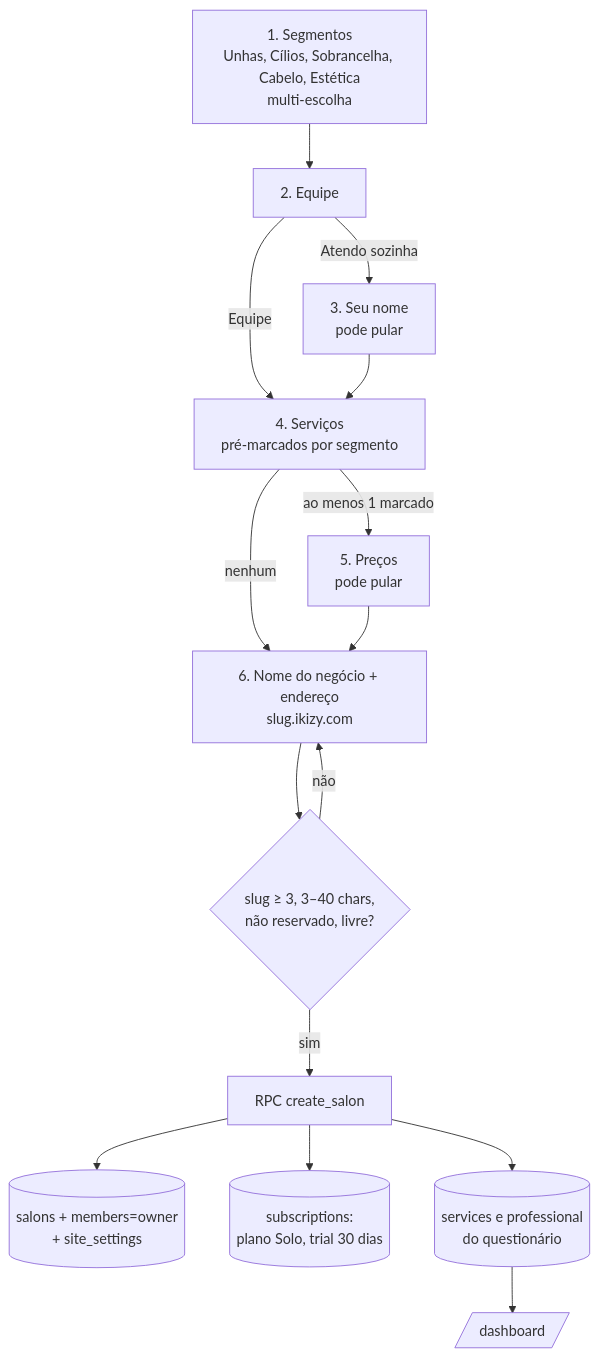
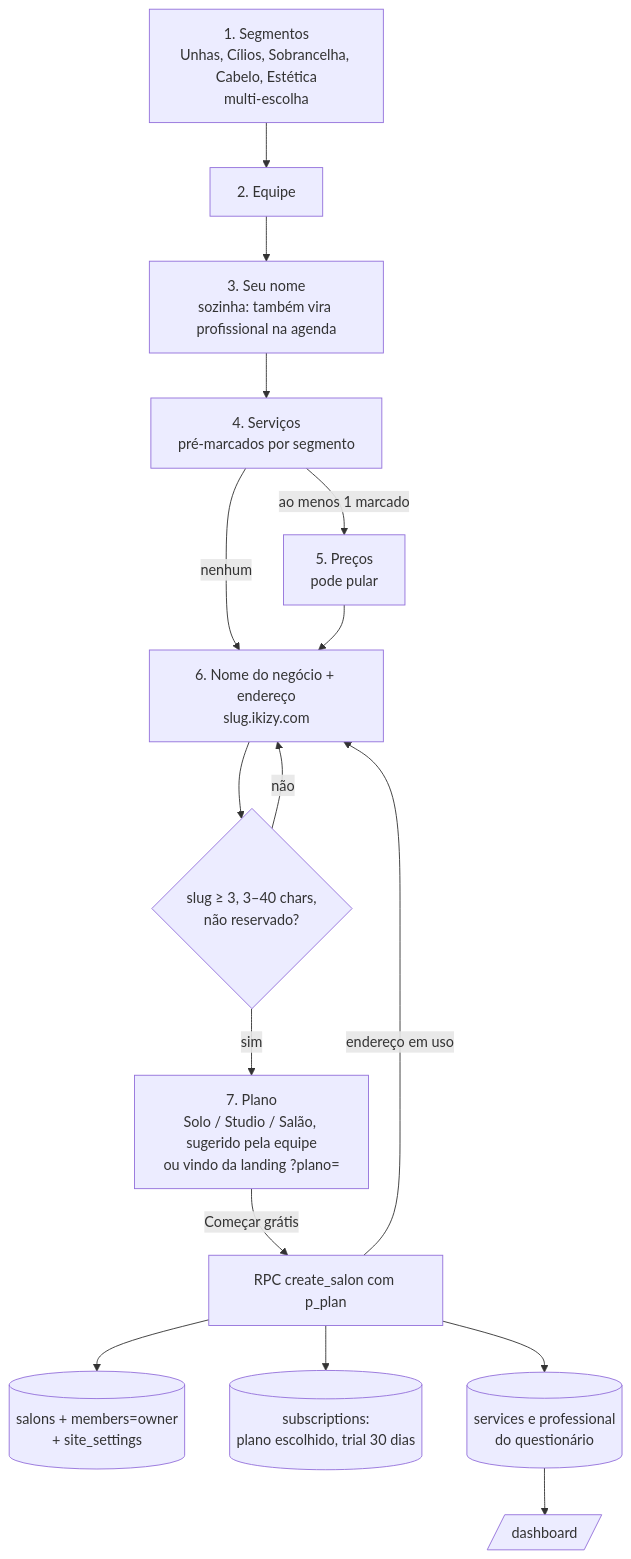
The second of 5 diagrams in docs/fluxos-do-sistema.md (evally-crm/ikizy), drawn with Mermaid before and after one commit. The commit also changed 19 other files, not shown here.

First line of the commit message:
feat(cadastro): escolha do plano no cadastro e contagem do teste grátis no Início

````diff
--- a/docs/fluxos-do-sistema.md
+++ b/docs/fluxos-do-sistema.md
@@ -44,17 +44,18 @@
 ```mermaid
 flowchart TD
     S1[1. Segmentos<br/>Unhas, Cílios, Sobrancelha, Cabelo, Estética<br/>multi-escolha] --> S2[2. Equipe]
-    S2 -->|Atendo sozinha| S3[3. Seu nome<br/>pode pular]
-    S2 -->|Equipe| S4
+    S2 --> S3[3. Seu nome<br/>sozinha: também vira profissional na agenda]
     S3 --> S4[4. Serviços<br/>pré-marcados por segmento]
     S4 -->|ao menos 1 marcado| S5[5. Preços<br/>pode pular]
     S4 -->|nenhum| S6
     S5 --> S6[6. Nome do negócio + endereço<br/>slug.ikizy.com]
-    S6 --> V{slug ≥ 3, 3–40 chars,<br/>não reservado, livre?}
+    S6 --> V{slug ≥ 3, 3–40 chars,<br/>não reservado?}
     V -->|não| S6
-    V -->|sim| R[RPC create_salon]
+    V -->|sim| S7[7. Plano<br/>Solo / Studio / Salão, sugerido pela equipe<br/>ou vindo da landing ?plano=]
+    S7 -->|Começar grátis| R[RPC create_salon com p_plan]
+    R -->|endereço em uso| S6
     R --> R1[(salons + members=owner<br/>+ site_settings)]
-    R --> R2[(subscriptions:<br/>plano Solo, trial 30 dias)]
+    R --> R2[(subscriptions:<br/>plano escolhido, trial 30 dias)]
     R --> R3[(services e professional<br/>do questionário)]
     R3 --> D[/dashboard/]
 ```
````
